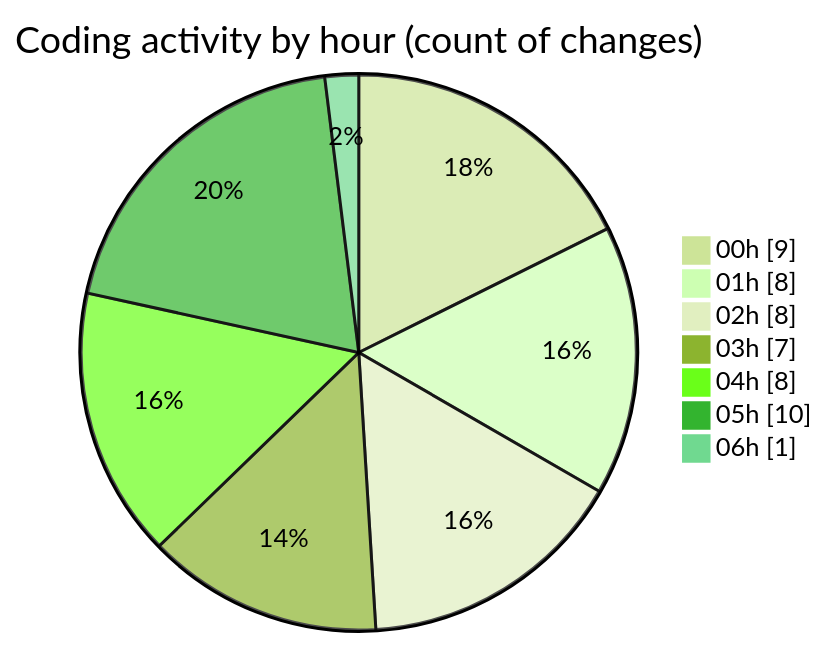
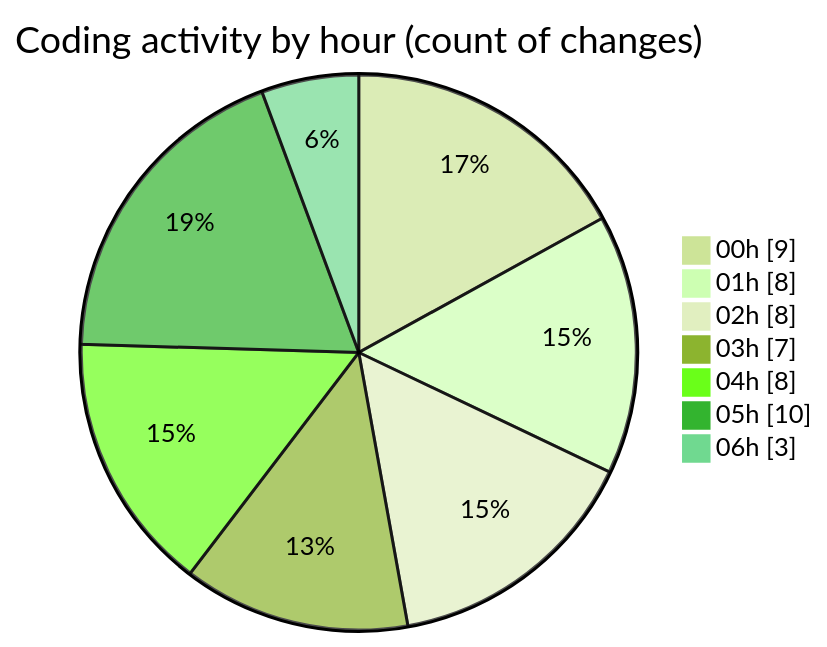
One commit to jrari/code-tracking changed the second of 2 diagrams in 2025-07-14/telebot/README.md. Above: the diagram before and after it, drawn with Mermaid (forest theme). The commit also changed other lines of this file and 1 other file, not shown here.

````diff
--- a/2025-07-14/telebot/README.md
+++ b/2025-07-14/telebot/README.md
@@ -52,11 +53,11 @@
 ```mermaid
 pie showData
 title Coding activity by hour (count of changes)
 "00h" : 9
 "01h" : 8
 "02h" : 8
 "03h" : 7
 "04h" : 8
 "05h" : 10
-"06h" : 1
+"06h" : 3
 ```
````
